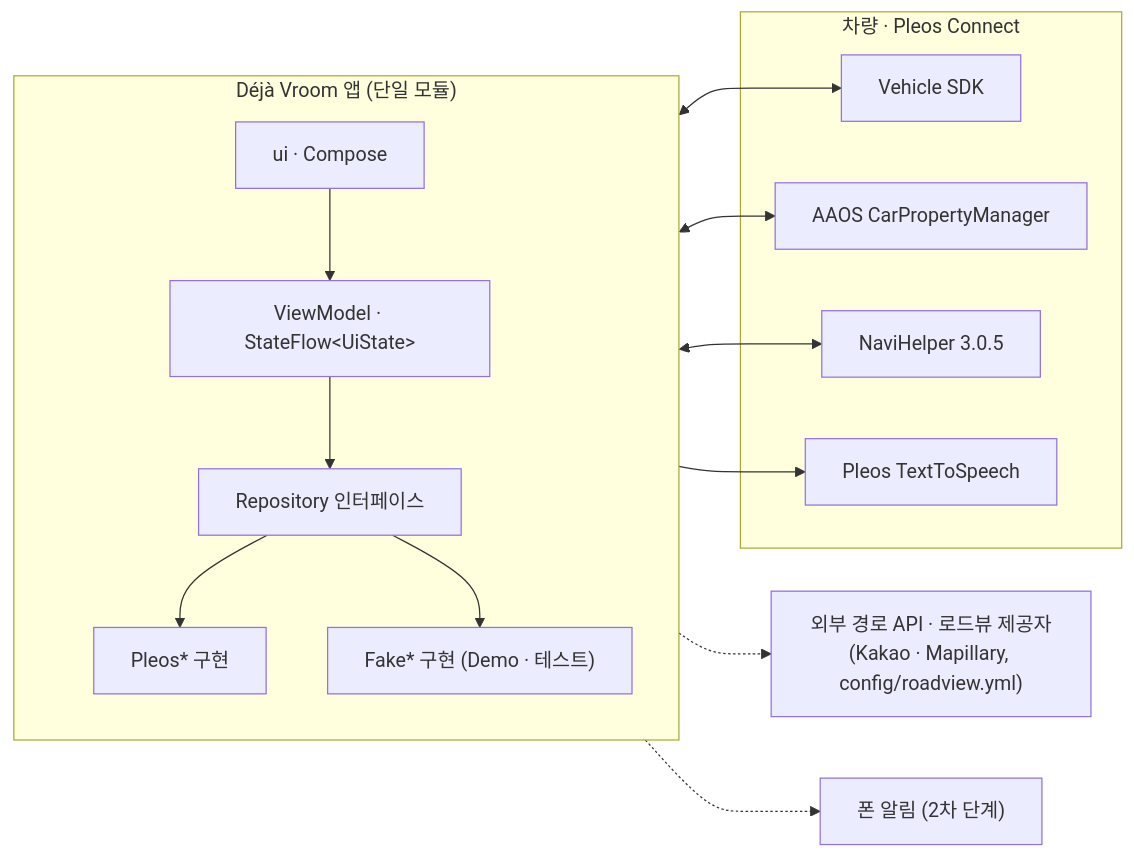
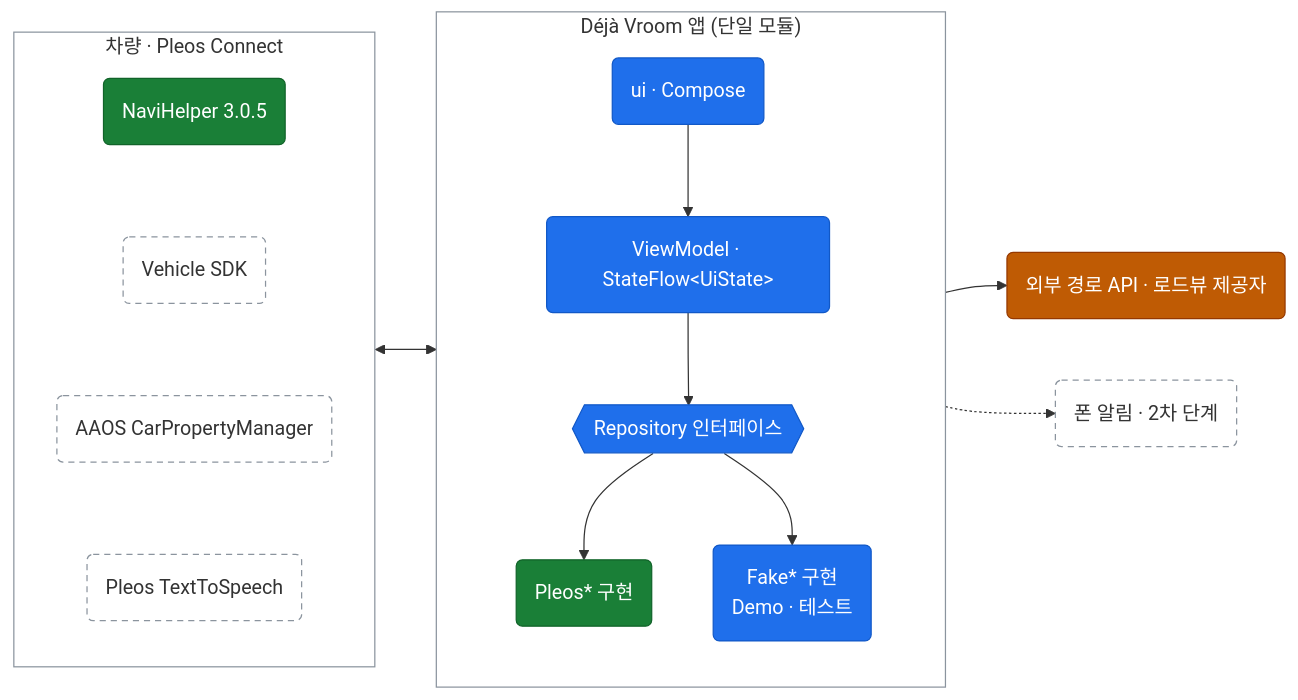
The fourth of 5 diagrams in docs/architecture.md (JoisFe/deja-vroom), drawn with Mermaid before and after one commit. The commit also changed other lines of this file and 17 other files, not shown here.

First line of the commit message:
문서 다이어그램을 색·모양 규칙에 맞춰 다시 그리고 코드와 다른 설명 정리

````diff
--- a/docs/architecture.md
+++ b/docs/architecture.md
@@ -5,23 +131,30 @@
 ```mermaid
 flowchart LR
-    subgraph Car["차량 · Pleos Connect"]
-        VS["Vehicle SDK"]
-        AA["AAOS CarPropertyManager"]
-        NH["NaviHelper 3.0.5"]
-        TTS["Pleos TextToSpeech"]
+    subgraph car["차량 · Pleos Connect"]
+        direction TB
+        navi("NaviHelper 3.0.5"):::pleos
+        vehicle("Vehicle SDK"):::plan
+        aaos("AAOS CarPropertyManager"):::plan
+        tts("Pleos TextToSpeech"):::plan
+        navi ~~~ vehicle ~~~ aaos ~~~ tts
     end
-    subgraph App["Déjà Vroom 앱 (단일 모듈)"]
+    subgraph app["Déjà Vroom 앱 (단일 모듈)"]
         direction TB
-        UI["ui · Compose"] --> VM["ViewModel · StateFlow&lt;UiState&gt;"]
-        VM --> RP["Repository 인터페이스"]
-        RP --> PL["Pleos* 구현"]
-        RP --> FK["Fake* 구현 (Demo · 테스트)"]
+        ui("ui · Compose"):::app --> vm("ViewModel · StateFlow&lt;UiState&gt;"):::app
+        vm --> repo{{"Repository 인터페이스"}}:::app
+        repo --> pleos("Pleos* 구현"):::pleos
+        repo --> fake("Fake* 구현<br/>Demo · 테스트"):::app
     end
-    EXT["외부 경로 API · 로드뷰 제공자<br/>(Kakao · Mapillary, config/roadview.yml)"]
-    PHONE["폰 알림 (2차 단계)"]
+    ext("외부 경로 API · 로드뷰 제공자"):::ext
+    phone("폰 알림 · 2차 단계"):::plan
+    car <--> app
+    app --> ext
+    app -.-> phone
 
-    PL <--> VS & AA & NH
-    PL --> TTS
-    PL -.-> EXT
-    App -.-> PHONE
+    classDef app fill:#1f6feb,stroke:#1158c7,color:#ffffff
+    classDef pleos fill:#1a7f37,stroke:#116329,color:#ffffff
+    classDef ext fill:#bf5b04,stroke:#953800,color:#ffffff
+    classDef plan fill:none,stroke:#8b949e,stroke-dasharray:5 4
+    style car fill:none,stroke:#8b949e
+    style app fill:none,stroke:#8b949e
 ```
````
